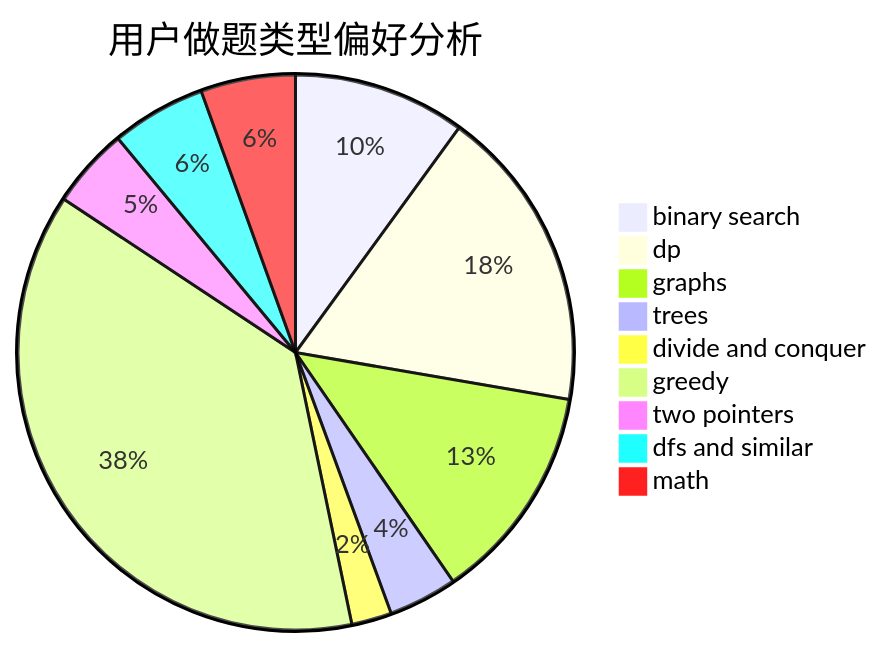
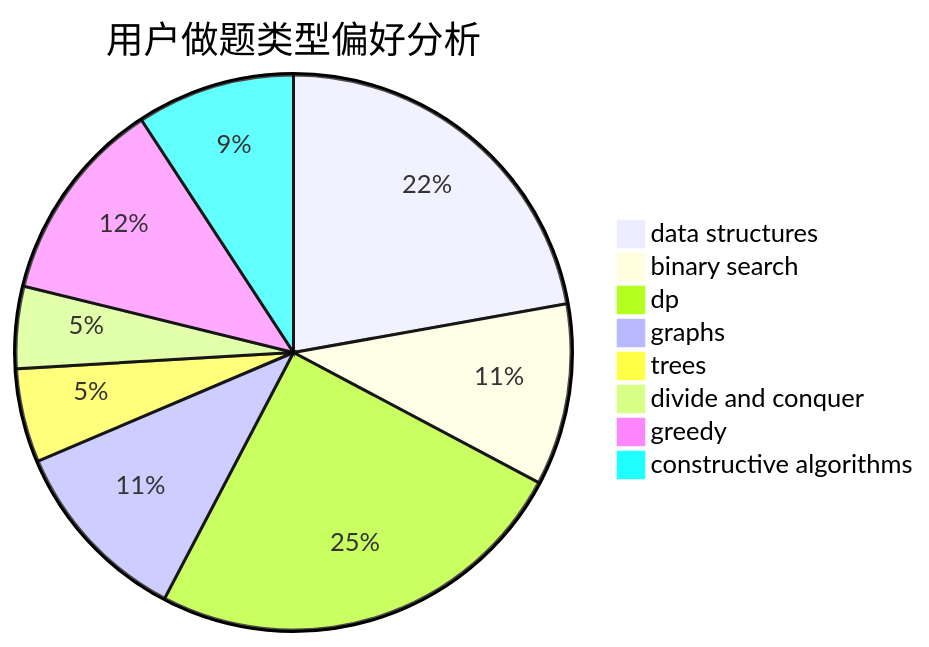
Before and after one commit to sherpahu/cfrs.github.io: the second of 3 diagrams in docs/user/u1568.md, drawn with Mermaid. The commit also changed other lines of this file and 2775 other files, not shown here.

````diff
--- a/docs/user/u1568.md
+++ b/docs/user/u1568.md
@@ -23,12 +23,11 @@
 ```mermaid
 pie title 用户做题类型偏好分析
-    "binary search" :  60
-    "dp" :  106
-    "graphs" :  76
-    "trees" :  24
+    "data structures" :  65
+    "binary search" :  31
+    "dp" :  73
+    "graphs" :  32
+    "trees" :  16
     "divide and conquer" :  14
-    "greedy" :  225
-    "two pointers" :  28
-    "dfs and similar" :  33
-    "math" :  33
+    "greedy" :  35
+    "constructive algorithms" :  27
 ```
````
